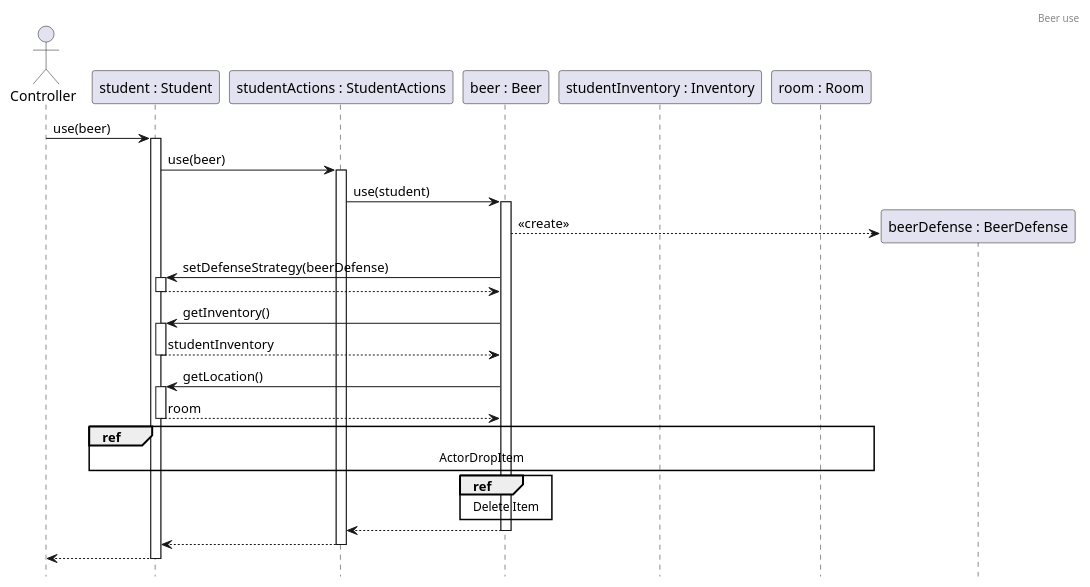
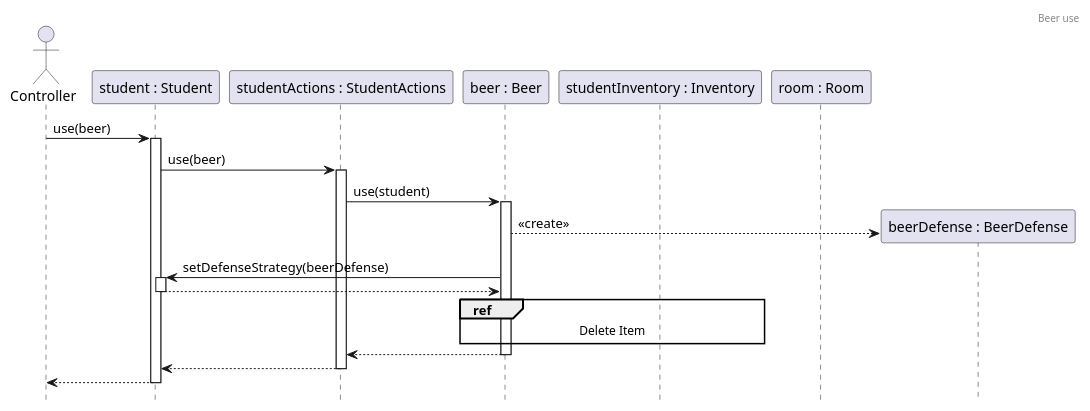
One commit to Kristof-me/Logarlec changed the diagram in docs/sequence/items/BeerUse.puml. Above: the diagram before and after it, drawn with PlantUML. The commit also changed 8 other files, not shown here.

Commit message:
Checked Sequence 13-24

```diff
--- a/docs/sequence/items/BeerUse.puml
+++ b/docs/sequence/items/BeerUse.puml
@@ -1,31 +1,27 @@
 @startuml BeerUse
 header Beer use
 hide footbox
 
 actor controller as "Controller"
 participant student as "student : Student"
 participant actionState as "studentActions : StudentActions"
 participant beer as "beer : Beer"
 participant studentInventory as "studentInventory : Inventory"
 participant room as "room : Room"
 
 controller -> student ++ : use(beer)
 student -> actionState ++ : use(beer)
 actionState -> beer ++ : use(student)
 
 create beerDefense as "beerDefense : BeerDefense"
 beer --> beerDefense : <<create>>
 beer -> student ++ : setDefenseStrategy(beerDefense)
 return 
-beer -> student ++ : getInventory()
-return studentInventory
-beer -> student ++ : getLocation()
-return room
-ref over student, beer, studentInventory, room : ActorDropItem
-ref over beer : Delete Item
+
+ref over beer, studentInventory : Delete Item
 return 
 
 return
 return
 
 @enduml
```
